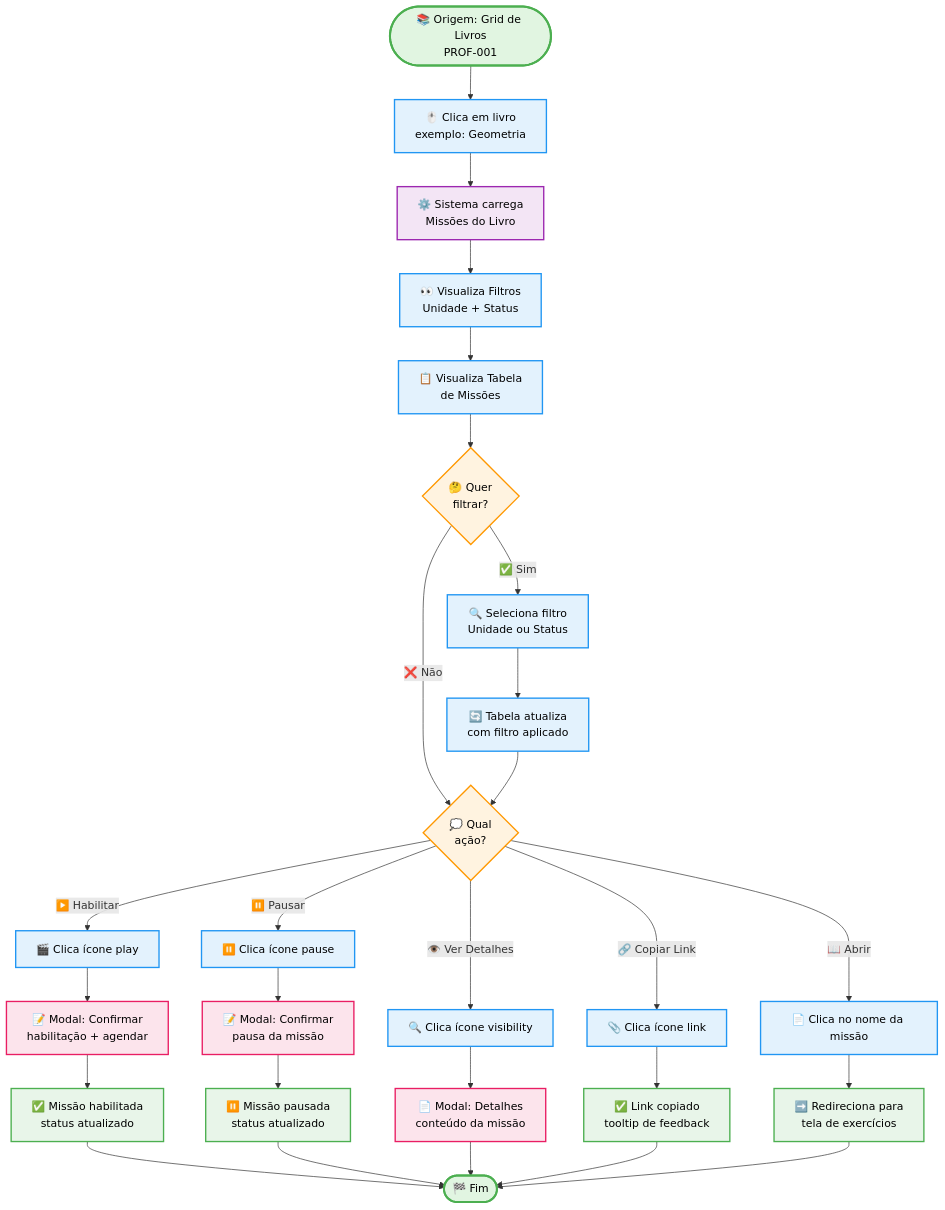
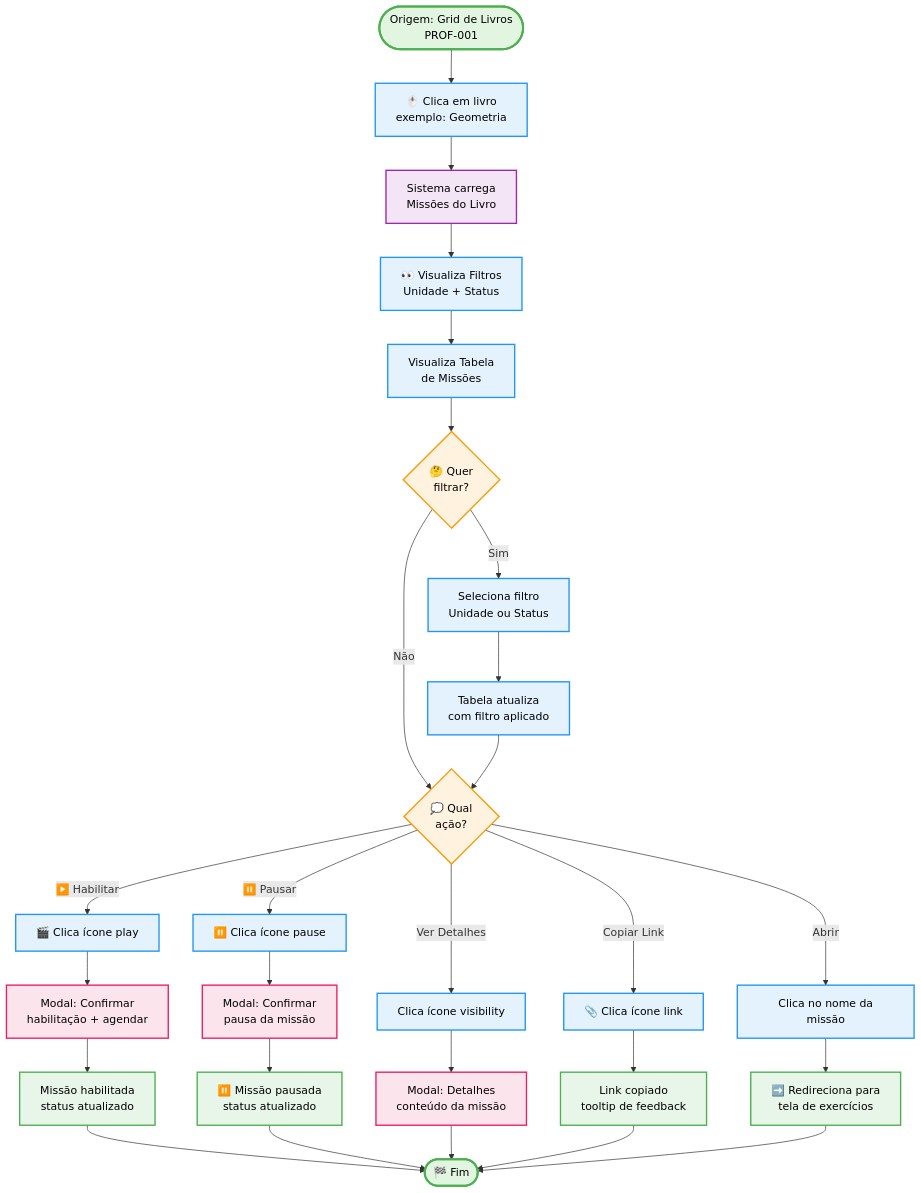
One commit to fabioeducacross/Ambiente_de_Prototipacao_V5 changed the diagram in documentation/docs/journeys/teacher/education-system-missions.md. Above: the diagram before and after it, drawn with Mermaid. The commit also changed other lines of this file and 60 other files, not shown here.

````diff
--- a/documentation/docs/journeys/teacher/education-system-missions.md
+++ b/documentation/docs/journeys/teacher/education-system-missions.md
@@ -65,52 +82,52 @@
 ```mermaid
 graph TD
-    Start([📚 Origem: Grid de Livros<br/>PROF-001]) --> ClickBook[🖱️ Clica em livro<br/>exemplo: Geometria]
-    ClickBook --> LoadMissions[⚙️ Sistema carrega<br/>Missões do Livro]
+    Start([<IconBooks /> Origem: Grid de Livros<br/>PROF-001]) --> ClickBook[🖱️ Clica em livro<br/>exemplo: Geometria]
+    ClickBook --> LoadMissions[<IconSettings /> Sistema carrega<br/>Missões do Livro]
     LoadMissions --> ViewFilters[👀 Visualiza Filtros<br/>Unidade + Status]
-    ViewFilters --> ViewTable[📋 Visualiza Tabela<br/>de Missões]
+    ViewFilters --> ViewTable[<IconClipboard /> Visualiza Tabela<br/>de Missões]
     
     ViewTable --> FilterDecision{🤔 Quer<br/>filtrar?}
     
-    FilterDecision -->|✅ Sim| SelectFilter[🔍 Seleciona filtro<br/>Unidade ou Status]
-    SelectFilter --> UpdateTable[🔄 Tabela atualiza<br/>com filtro aplicado]
-    FilterDecision -->|❌ Não| ActionDecision
+    FilterDecision -->|<IconCheck /> Sim| SelectFilter[<IconSearch /> Seleciona filtro<br/>Unidade ou Status]
+    SelectFilter --> UpdateTable[<IconRefresh /> Tabela atualiza<br/>com filtro aplicado]
+    FilterDecision -->|<IconX /> Não| ActionDecision
     UpdateTable --> ActionDecision{💭 Qual<br/>ação?}
     
     ActionDecision -->|▶️ Habilitar| ActionEnable[🎬 Clica ícone play]
     ActionDecision -->|⏸️ Pausar| ActionPause[⏸️ Clica ícone pause]
-    ActionDecision -->|👁️ Ver Detalhes| ActionView[🔍 Clica ícone visibility]
-    ActionDecision -->|🔗 Copiar Link| ActionLink[📎 Clica ícone link]
-    ActionDecision -->|📖 Abrir| ActionOpen[📄 Clica no nome da missão]
+    ActionDecision -->|<IconEye /> Ver Detalhes| ActionView[<IconSearch /> Clica ícone visibility]
+    ActionDecision -->|<IconLink /> Copiar Link| ActionLink[📎 Clica ícone link]
+    ActionDecision -->|<IconBookOpen /> Abrir| ActionOpen[<IconDocument /> Clica no nome da missão]
     
-    ActionEnable --> ModalEnable[📝 Modal: Confirmar<br/>habilitação + agendar]
-    ModalEnable --> ResultEnable[✅ Missão habilitada<br/>status atualizado]
+    ActionEnable --> ModalEnable[<IconEdit /> Modal: Confirmar<br/>habilitação + agendar]
+    ModalEnable --> ResultEnable[<IconCheck /> Missão habilitada<br/>status atualizado]
     
-    ActionPause --> ModalPause[📝 Modal: Confirmar<br/>pausa da missão]
+    ActionPause --> ModalPause[<IconEdit /> Modal: Confirmar<br/>pausa da missão]
     ModalPause --> ResultPause[⏸️ Missão pausada<br/>status atualizado]
     
-    ActionView --> ModalDetails[📄 Modal: Detalhes<br/>conteúdo da missão]
+    ActionView --> ModalDetails[<IconDocument /> Modal: Detalhes<br/>conteúdo da missão]
     
-    ActionLink --> ResultLink[✅ Link copiado<br/>tooltip de feedback]
+    ActionLink --> ResultLink[<IconCheck /> Link copiado<br/>tooltip de feedback]
     
     ActionOpen --> ResultRedirect[➡️ Redireciona para<br/>tela de exercícios]
     
     ResultEnable --> End([🏁 Fim])
     ResultPause --> End
     ModalDetails --> End
     ResultLink --> End
     ResultRedirect --> End
     
     classDef startEnd fill:#e1f5e1,stroke:#4caf50,stroke-width:3px,color:#000
     classDef action fill:#e3f2fd,stroke:#2196f3,stroke-width:2px,color:#000
     classDef decision fill:#fff3e0,stroke:#ff9800,stroke-width:2px,color:#000
     classDef system fill:#f3e5f5,stroke:#9c27b0,stroke-width:2px,color:#000
     classDef modal fill:#fce4ec,stroke:#e91e63,stroke-width:2px,color:#000
     classDef success fill:#e8f5e9,stroke:#4caf50,stroke-width:2px,color:#000
     
     class Start,End startEnd
     class ClickBook,ViewFilters,ViewTable,SelectFilter,UpdateTable,ActionEnable,ActionPause,ActionView,ActionLink,ActionOpen action
     class FilterDecision,ActionDecision decision
     class LoadMissions system
     class ModalEnable,ModalPause,ModalDetails modal
     class ResultEnable,ResultPause,ResultLink,ResultRedirect success
 ```
````
